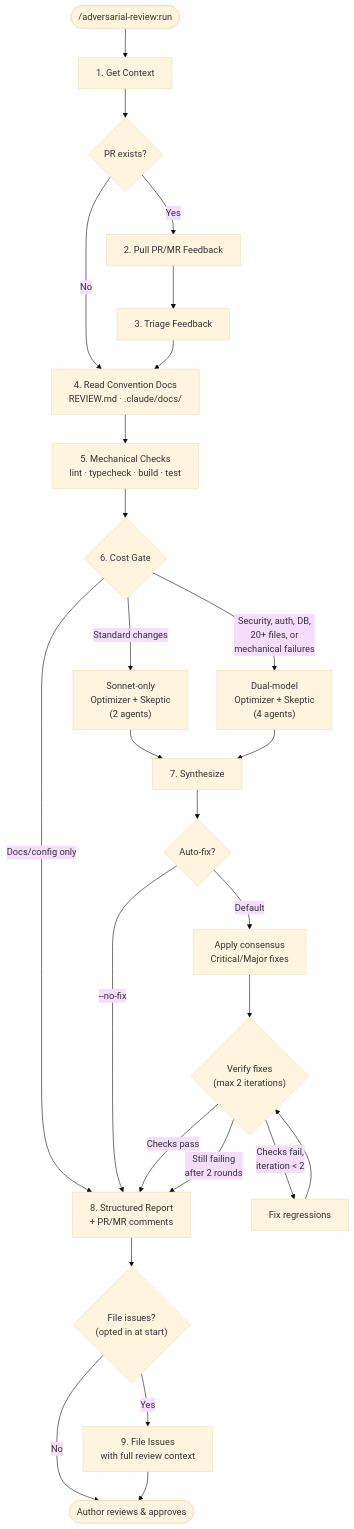
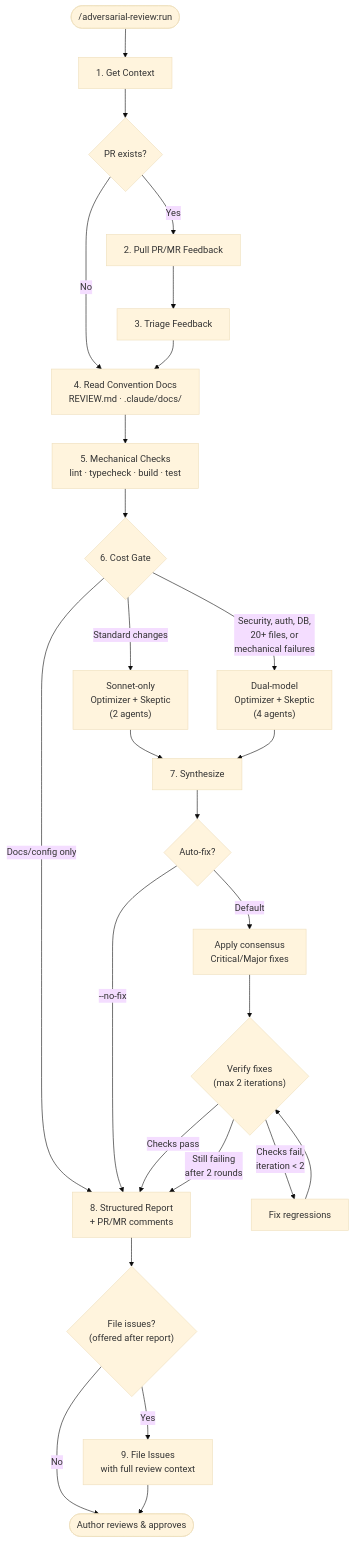
Before and after one commit to ng/adversarial-review: the first of 2 diagrams in README.md, drawn with Mermaid (base theme). The commit also changed other lines of this file and 1 other file, not shown here.

First line of the commit message:
fix: defer issue filing prompt to after review completes (#10)

````diff
--- a/README.md
+++ b/README.md
@@ -34,26 +34,26 @@
 ```mermaid
 flowchart TD
     Start(["/adversarial-review:run"]) --> Context["1. Get Context"]
     Context --> PR{PR exists?}
     PR -->|Yes| Feedback["2. Pull PR/MR Feedback"]
     PR -->|No| Docs
     Feedback --> Triage["3. Triage Feedback"]
     Triage --> Docs["4. Read Convention Docs<br/>REVIEW.md · .claude/docs/"]
     Docs --> Mechanical["5. Mechanical Checks<br/>lint · typecheck · build · test"]
     Mechanical --> Gate{"6. Cost Gate"}
     Gate -->|"Docs/config only"| Report
     Gate -->|"Standard changes"| Standard["Sonnet-only<br/>Optimizer + Skeptic<br/>(2 agents)"]
     Gate -->|"Security, auth, DB,<br/>20+ files, or<br/>mechanical failures"| Full["Dual-model<br/>Optimizer + Skeptic<br/>(4 agents)"]
     Standard & Full --> Synth["7. Synthesize"]
     Synth --> ModeCheck{Auto-fix?}
     ModeCheck -->|"--no-fix"| Report
     ModeCheck -->|"Default"| Apply["Apply consensus<br/>Critical/Major fixes"]
     Apply --> Verify{"Verify fixes<br/>(max 2 iterations)"}
     Verify -->|"Checks pass"| Report
     Verify -->|"Checks fail,<br/>iteration < 2"| Fix["Fix regressions"] --> Verify
     Verify -->|"Still failing<br/>after 2 rounds"| Report
-    Report["8. Structured Report<br/>+ PR/MR comments"] --> Issues{"File issues?<br/>(opted in at start)"}
+    Report["8. Structured Report<br/>+ PR/MR comments"] --> Issues{"File issues?<br/>(offered after report)"}
     Issues -->|Yes| File["9. File Issues<br/>with full review context"]
     Issues -->|No| Done
     File --> Done([Author reviews & approves])
 ```
````
